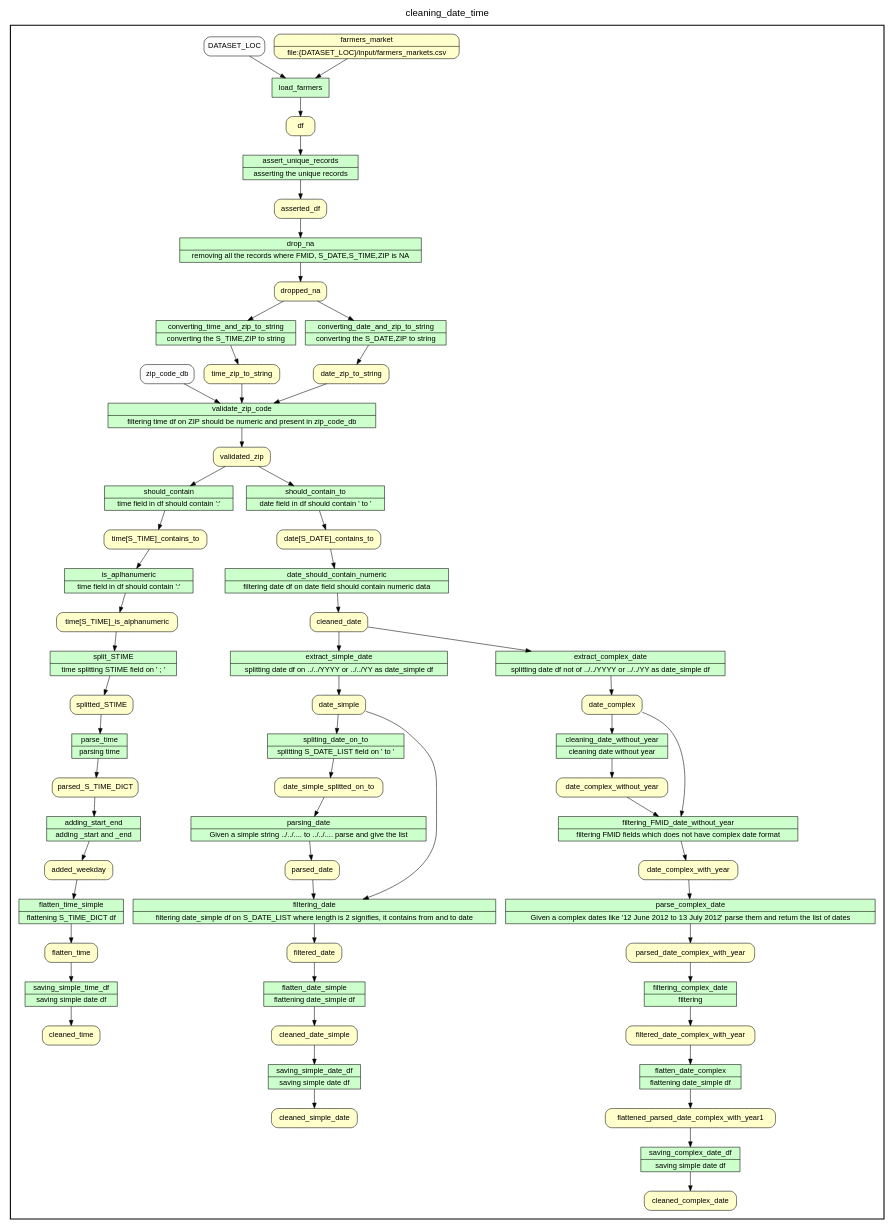
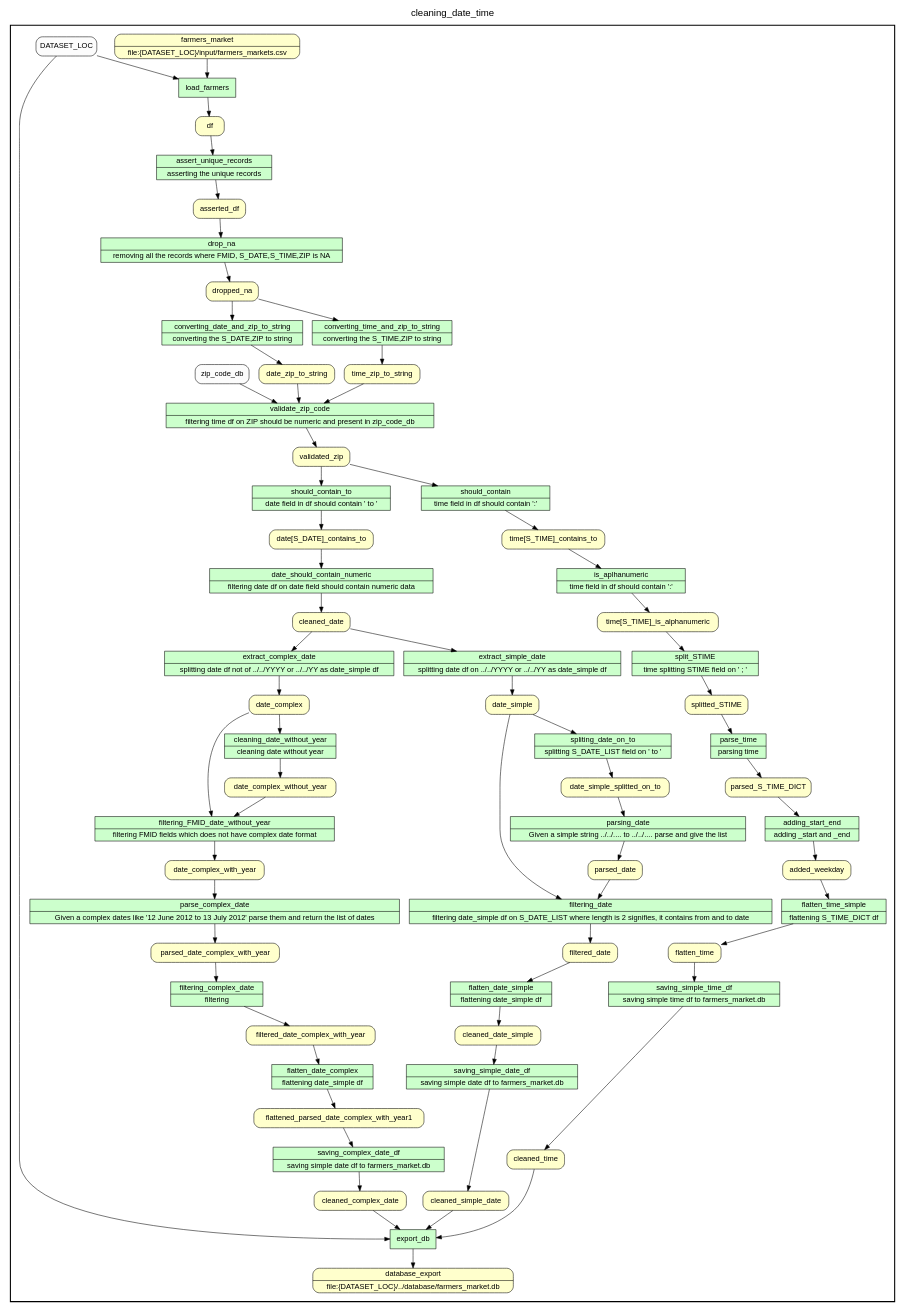
Before and after one commit to da230896/cs_513_project: the diagram in provenance/date_time_Cleaning_merged.gv, drawn with Graphviz. The commit also changed 14 other files, not shown here.

```diff
--- a/provenance/date_time_Cleaning_merged.gv
+++ b/provenance/date_time_Cleaning_merged.gv
@@ -1,155 +1,162 @@
 
 /* Start of top-level graph */
 digraph Workflow {
 rankdir=TB
 
 /* Title for graph */
 fontname=Helvetica; fontsize=18; labelloc=t
 label=cleaning_date_time
 
 /* Start of double cluster for drawing box around nodes in workflow */
 subgraph cluster_workflow_box_outer { label=""; color=black; penwidth=2
 subgraph cluster_workflow_box_inner { label=""; penwidth=0
 
 /* Style for nodes representing atomic programs in workflow */
 node[shape=box style=filled fillcolor="#CCFFCC" peripheries=1 fontname=Helvetica]
 
 /* Nodes representing atomic programs in workflow */
 load_farmers
 assert_unique_records [shape=record rankdir=LR label="{<f0> assert_unique_records |<f1> asserting the unique records}"];
 drop_na [shape=record rankdir=LR label="{<f0> drop_na |<f1> removing all the records where FMID, S_DATE,S_TIME,ZIP is NA}"];
 converting_time_and_zip_to_string [shape=record rankdir=LR label="{<f0> converting_time_and_zip_to_string |<f1> converting the S_TIME,ZIP to string}"];
 converting_date_and_zip_to_string [shape=record rankdir=LR label="{<f0> converting_date_and_zip_to_string |<f1> converting the S_DATE,ZIP to string}"];
 validate_zip_code [shape=record rankdir=LR label="{<f0> validate_zip_code |<f1> filtering time df on ZIP should be numeric and present in zip_code_db}"];
 should_contain [shape=record rankdir=LR label="{<f0> should_contain |<f1> time field in df should contain '\:'}"];
 is_aplhanumeric [shape=record rankdir=LR label="{<f0> is_aplhanumeric |<f1> time field in df should contain '\:'}"];
 split_STIME [shape=record rankdir=LR label="{<f0> split_STIME |<f1> time splitting STIME field on ' ; '}"];
 parse_time [shape=record rankdir=LR label="{<f0> parse_time |<f1> parsing time}"];
 adding_start_end [shape=record rankdir=LR label="{<f0> adding_start_end |<f1> adding _start and _end}"];
 flatten_time_simple [shape=record rankdir=LR label="{<f0> flatten_time_simple |<f1> flattening S_TIME_DICT df}"];
-saving_simple_time_df [shape=record rankdir=LR label="{<f0> saving_simple_time_df |<f1> saving simple date df}"];
+saving_simple_time_df [shape=record rankdir=LR label="{<f0> saving_simple_time_df |<f1> saving simple time df to farmers_market.db}"];
 should_contain_to [shape=record rankdir=LR label="{<f0> should_contain_to |<f1> date field in df should contain ' to '}"];
 date_should_contain_numeric [shape=record rankdir=LR label="{<f0> date_should_contain_numeric |<f1> filtering date df on date field should contain numeric data}"];
 extract_simple_date [shape=record rankdir=LR label="{<f0> extract_simple_date |<f1> splitting date df on ../../YYYY or ../../YY as date_simple df}"];
 extract_complex_date [shape=record rankdir=LR label="{<f0> extract_complex_date |<f1> splitting date df not of ../../YYYY or ../../YY as date_simple df}"];
 spliting_date_on_to [shape=record rankdir=LR label="{<f0> spliting_date_on_to |<f1> splitting S_DATE_LIST field on ' to '}"];
 parsing_date [shape=record rankdir=LR label="{<f0> parsing_date |<f1> Given a simple string ../../.... to ../../.... parse and give the list}"];
 filtering_date [shape=record rankdir=LR label="{<f0> filtering_date |<f1> filtering date_simple df on S_DATE_LIST where length is 2 signifies, it contains from and to date}"];
 flatten_date_simple [shape=record rankdir=LR label="{<f0> flatten_date_simple |<f1> flattening date_simple df}"];
-saving_simple_date_df [shape=record rankdir=LR label="{<f0> saving_simple_date_df |<f1> saving simple date df}"];
+saving_simple_date_df [shape=record rankdir=LR label="{<f0> saving_simple_date_df |<f1> saving simple date df to farmers_market.db}"];
 cleaning_date_without_year [shape=record rankdir=LR label="{<f0> cleaning_date_without_year |<f1> cleaning date without year}"];
 filtering_FMID_date_without_year [shape=record rankdir=LR label="{<f0> filtering_FMID_date_without_year |<f1> filtering FMID fields which does not have complex date format}"];
 parse_complex_date [shape=record rankdir=LR label="{<f0> parse_complex_date |<f1> Given a complex dates like '12 June 2012 to 13 July 2012' parse them and return the list of dates}"];
 filtering_complex_date [shape=record rankdir=LR label="{<f0> filtering_complex_date |<f1> filtering}"];
 flatten_date_complex [shape=record rankdir=LR label="{<f0> flatten_date_complex |<f1> flattening date_simple df}"];
-saving_complex_date_df [shape=record rankdir=LR label="{<f0> saving_complex_date_df |<f1> saving simple date df}"];
+saving_complex_date_df [shape=record rankdir=LR label="{<f0> saving_complex_date_df |<f1> saving simple date df to farmers_market.db}"];
+export_db
 
 /* Style for nodes representing non-parameter data channels in workflow */
 node[shape=box style="rounded,filled" fillcolor="#FFFFCC" peripheries=1 fontname=Helvetica]
 
 /* Nodes for non-parameter data channels in workflow */
-cleaned_simple_date
-cleaned_complex_date
-cleaned_time
+database_export [shape=record rankdir=LR label="{<f0> database_export |<f1> file\:\{DATASET_LOC\}/../database/farmers_market.db}"];
 farmers_market [shape=record rankdir=LR label="{<f0> farmers_market |<f1> file\:\{DATASET_LOC\}/input/farmers_markets.csv}"];
 df
 asserted_df
 dropped_na
 time_zip_to_string
 date_zip_to_string
 validated_zip
 "time[S_TIME]_contains_to"
 "time[S_TIME]_is_alphanumeric"
 splitted_STIME
 parsed_S_TIME_DICT
 added_weekday
 flatten_time
 "date[S_DATE]_contains_to"
 cleaned_date
 date_simple
 date_simple_splitted_on_to
 parsed_date
 filtered_date
 cleaned_date_simple
 date_complex
 date_complex_without_year
 date_complex_with_year
 parsed_date_complex_with_year
 filtered_date_complex_with_year
 flattened_parsed_date_complex_with_year1
+cleaned_complex_date
+cleaned_simple_date
+cleaned_time
 
 /* Style for nodes representing parameter channels in workflow */
 node[shape=box style="rounded,filled" fillcolor="#FCFCFC" peripheries=1 fontname=Helvetica]
 
 /* Nodes representing parameter channels in workflow */
 DATASET_LOC
 zip_code_db
 
 /* Edges representing connections between programs and channels */
 load_farmers -> df
 DATASET_LOC -> load_farmers
 farmers_market -> load_farmers
 assert_unique_records -> asserted_df
 df -> assert_unique_records
 drop_na -> dropped_na
 asserted_df -> drop_na
 converting_time_and_zip_to_string -> time_zip_to_string
 dropped_na -> converting_time_and_zip_to_string
 converting_date_and_zip_to_string -> date_zip_to_string
 dropped_na -> converting_date_and_zip_to_string
 validate_zip_code -> validated_zip
 time_zip_to_string -> validate_zip_code
 zip_code_db -> validate_zip_code
 date_zip_to_string -> validate_zip_code
 should_contain -> "time[S_TIME]_contains_to"
 validated_zip -> should_contain
 is_aplhanumeric -> "time[S_TIME]_is_alphanumeric"
 "time[S_TIME]_contains_to" -> is_aplhanumeric
 split_STIME -> splitted_STIME
 "time[S_TIME]_is_alphanumeric" -> split_STIME
 parse_time -> parsed_S_TIME_DICT
 splitted_STIME -> parse_time
 adding_start_end -> added_weekday
 parsed_S_TIME_DICT -> adding_start_end
 flatten_time_simple -> flatten_time
 added_weekday -> flatten_time_simple
 saving_simple_time_df -> cleaned_time
 flatten_time -> saving_simple_time_df
 should_contain_to -> "date[S_DATE]_contains_to"
 validated_zip -> should_contain_to
 date_should_contain_numeric -> cleaned_date
 "date[S_DATE]_contains_to" -> date_should_contain_numeric
 extract_simple_date -> date_simple
 cleaned_date -> extract_simple_date
 extract_complex_date -> date_complex
 cleaned_date -> extract_complex_date
 spliting_date_on_to -> date_simple_splitted_on_to
 date_simple -> spliting_date_on_to
 parsing_date -> parsed_date
 date_simple_splitted_on_to -> parsing_date
 filtering_date -> filtered_date
 parsed_date -> filtering_date
 date_simple -> filtering_date
 flatten_date_simple -> cleaned_date_simple
 filtered_date -> flatten_date_simple
 saving_simple_date_df -> cleaned_simple_date
 cleaned_date_simple -> saving_simple_date_df
 cleaning_date_without_year -> date_complex_without_year
 date_complex -> cleaning_date_without_year
 filtering_FMID_date_without_year -> date_complex_with_year
 date_complex -> filtering_FMID_date_without_year
 date_complex_without_year -> filtering_FMID_date_without_year
 parse_complex_date -> parsed_date_complex_with_year
 date_complex_with_year -> parse_complex_date
 filtering_complex_date -> filtered_date_complex_with_year
 parsed_date_complex_with_year -> filtering_complex_date
 flatten_date_complex -> flattened_parsed_date_complex_with_year1
 filtered_date_complex_with_year -> flatten_date_complex
 saving_complex_date_df -> cleaned_complex_date
 flattened_parsed_date_complex_with_year1 -> saving_complex_date_df
+export_db -> database_export
+DATASET_LOC -> export_db
+cleaned_complex_date -> export_db
+cleaned_simple_date -> export_db
+cleaned_time -> export_db
 
 /* End of double cluster for drawing box around nodes in workflow */
 }}
 
 /* End of top-level graph */
 }
```
